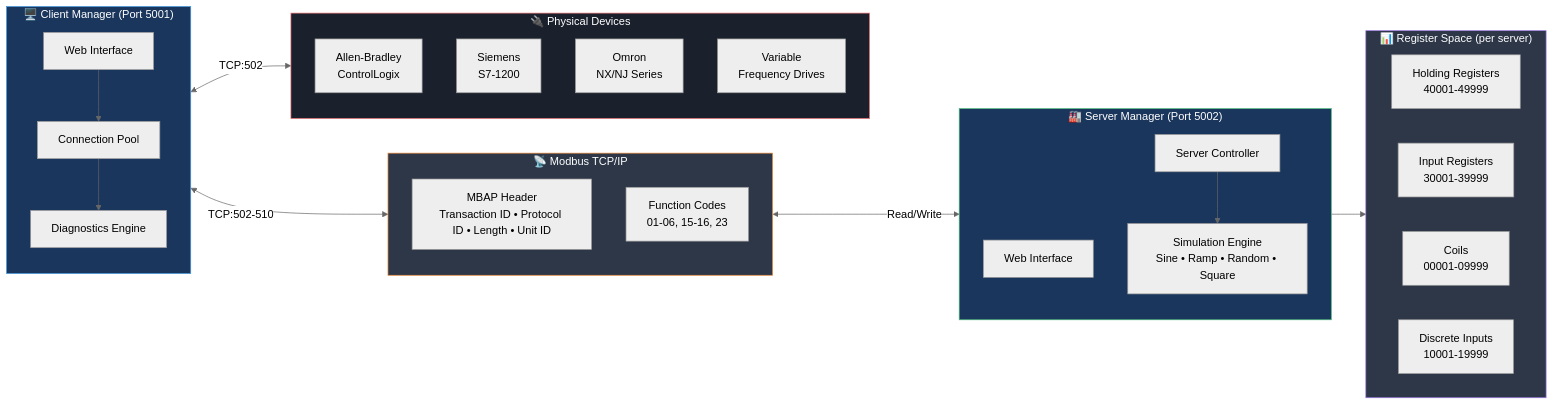
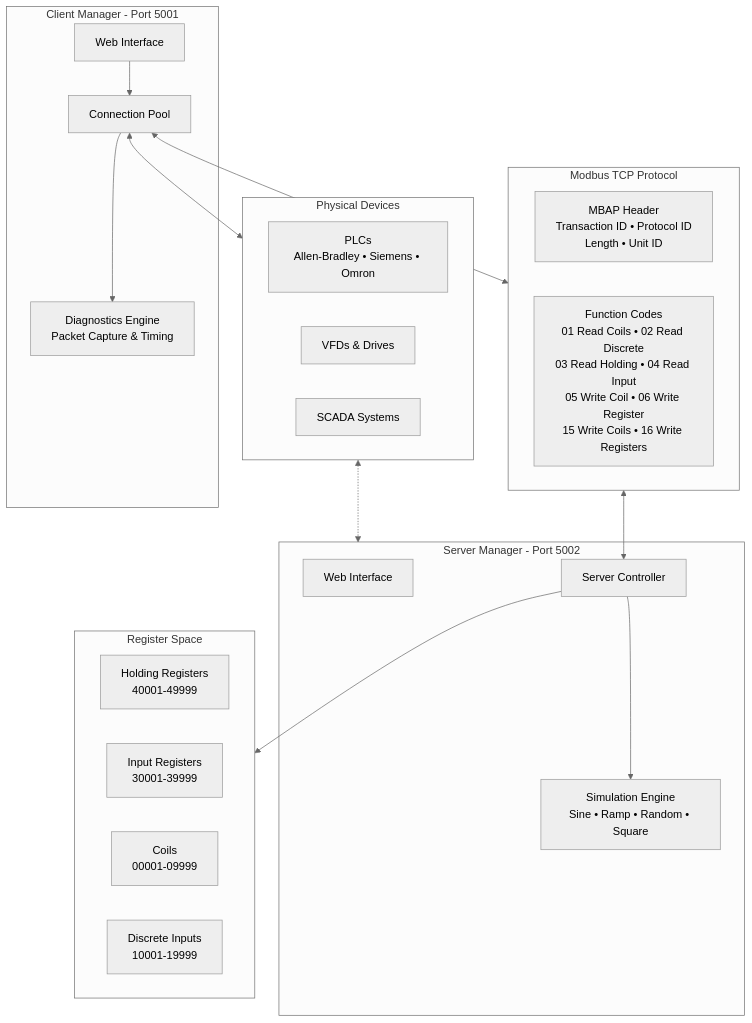
Before and after one commit to fixstuff/Modbus-ClientServer-Showcase: the diagram in README.md, drawn with Mermaid (neutral theme).

Commit message:
Simplify architecture diagram - cleaner function blocks

````diff
--- a/README.md
+++ b/README.md
@@ -29,51 +29,41 @@
 ```mermaid
-flowchart LR
-    subgraph ClientSide["🖥️ Client Manager (Port 5001)"]
-        direction TB
+flowchart TB
+    subgraph Client["Client Manager - Port 5001"]
         CW[Web Interface]
         CC[Connection Pool]
-        CD[Diagnostics Engine]
+        CD[Diagnostics Engine<br/>Packet Capture & Timing]
     end
 
-    subgraph Protocol["📡 Modbus TCP/IP"]
-        direction TB
-        MBAP[MBAP Header<br/>Transaction ID • Protocol ID • Length • Unit ID]
-        PDU[Function Codes<br/>01-06, 15-16, 23]
+    subgraph Protocol["Modbus TCP Protocol"]
+        MBAP[MBAP Header<br/>Transaction ID • Protocol ID<br/>Length • Unit ID]
+        PDU[Function Codes<br/>01 Read Coils • 02 Read Discrete<br/>03 Read Holding • 04 Read Input<br/>05 Write Coil • 06 Write Register<br/>15 Write Coils • 16 Write Registers]
     end
 
-    subgraph ServerSide["🏭 Server Manager (Port 5002)"]
-        direction TB
+    subgraph Server["Server Manager - Port 5002"]
         SW[Web Interface]
         SC[Server Controller]
         SIM[Simulation Engine<br/>Sine • Ramp • Random • Square]
     end
 
-    subgraph Registers["📊 Register Space (per server)"]
-        direction LR
+    subgraph Registers["Register Space"]
         HR[Holding Registers<br/>40001-49999]
         IR[Input Registers<br/>30001-39999]
         CO[Coils<br/>00001-09999]
         DI[Discrete Inputs<br/>10001-19999]
     end
 
-    subgraph Devices["🔌 Physical Devices"]
-        PLC1[Allen-Bradley<br/>ControlLogix]
-        PLC2[Siemens<br/>S7-1200]
-        PLC3[Omron<br/>NX/NJ Series]
-        VFD[Variable<br/>Frequency Drives]
+    subgraph Devices["Physical Devices"]
+        PLC[PLCs<br/>Allen-Bradley • Siemens • Omron]
+        VFD[VFDs & Drives]
+        SCADA[SCADA Systems]
     end
 
     CW --> CC
     CC --> CD
-    CC <-->|TCP:502-510| Protocol
-    Protocol <-->|Read/Write| SC
+    CC <--> Protocol
+    Protocol <--> SC
     SC --> SIM
     SC --> Registers
-    CC <-->|TCP:502| Devices
-
-    style ClientSide fill:#1a365d,stroke:#4299e1,color:#fff
-    style ServerSide fill:#1a365d,stroke:#48bb78,color:#fff
-    style Protocol fill:#2d3748,stroke:#ed8936,color:#fff
-    style Registers fill:#2d3748,stroke:#9f7aea,color:#fff
-    style Devices fill:#1a202c,stroke:#fc8181,color:#fff
+    CC <--> Devices
+    Devices <-.-> Server
 ```
````
